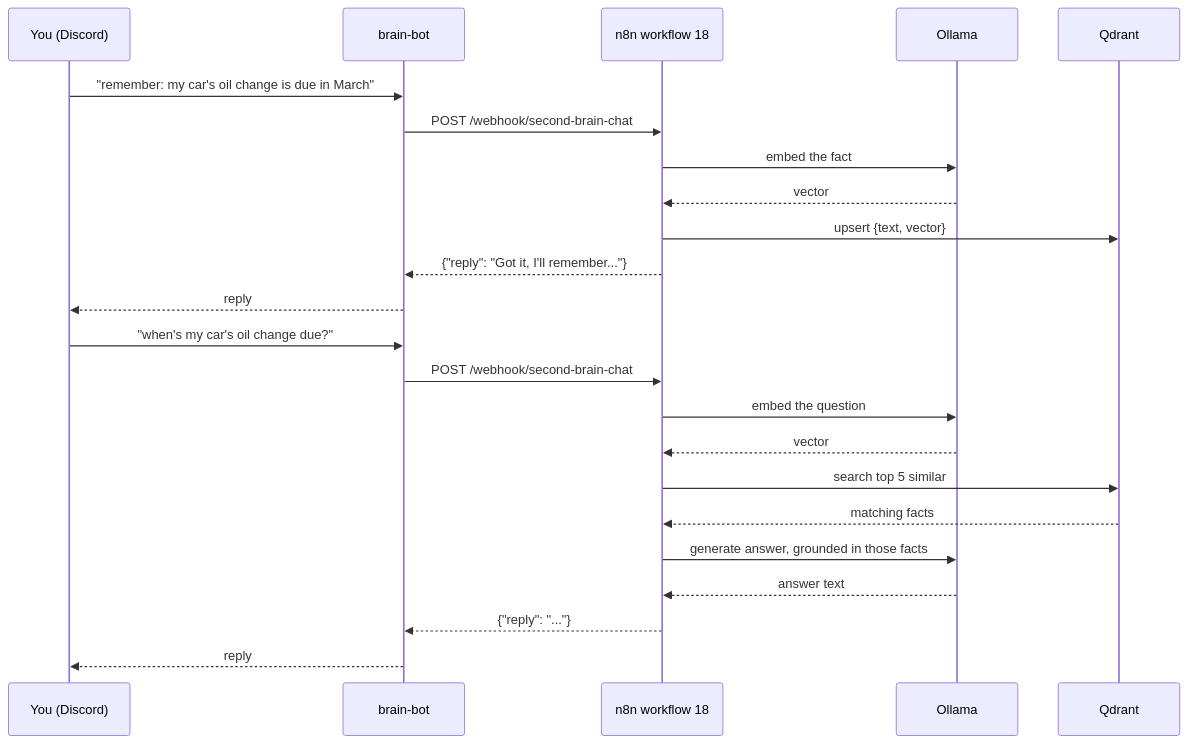
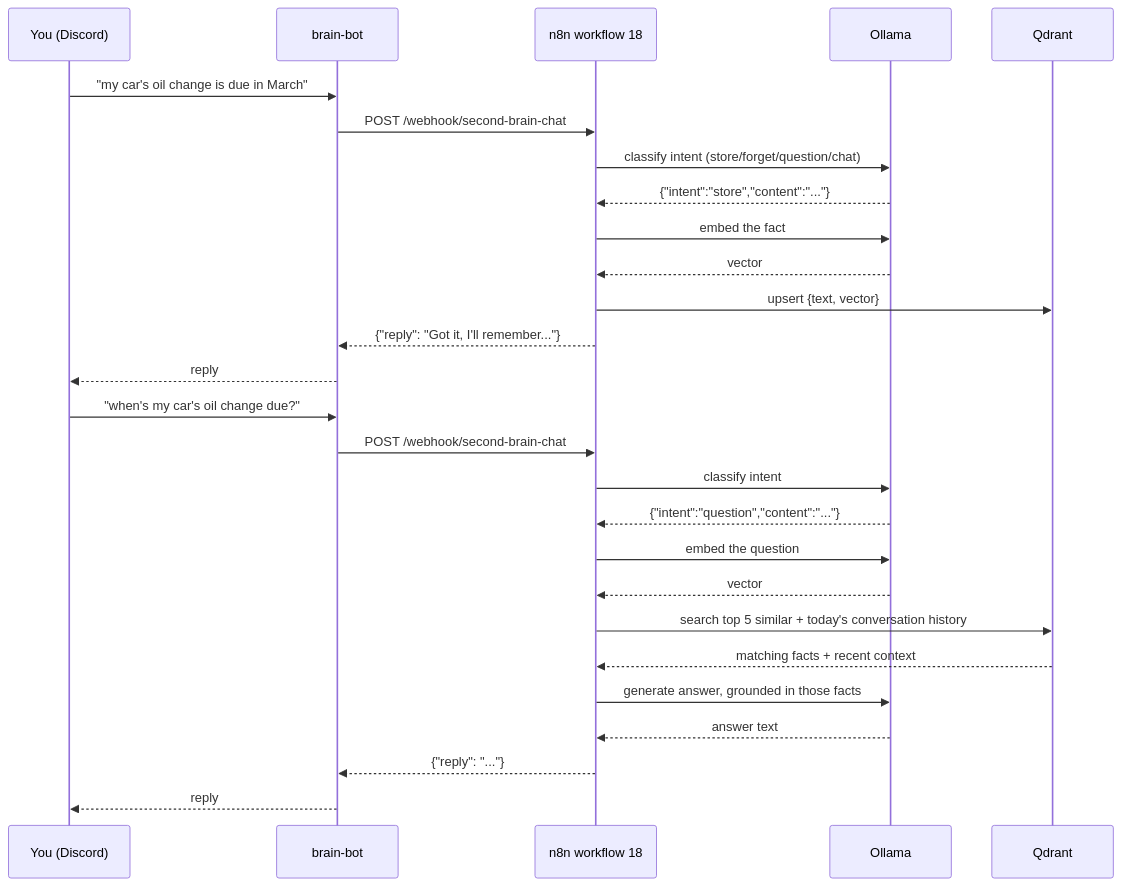
The diagram in docs/architecture/second-brain.md (kodyparton/docker_homelab), drawn with Mermaid before and after one commit. The commit also changed other lines of this file and 6 other files, not shown here.

````diff
--- a/docs/architecture/second-brain.md
+++ b/docs/architecture/second-brain.md
@@ -9,27 +9,31 @@
 ```mermaid
 sequenceDiagram
     participant You as You (Discord)
     participant Bot as brain-bot
     participant n8n as n8n workflow 18
     participant Ollama
     participant Qdrant
 
-    You->>Bot: "remember: my car's oil change is due in March"
+    You->>Bot: "my car's oil change is due in March"
     Bot->>n8n: POST /webhook/second-brain-chat
+    n8n->>Ollama: classify intent (store/forget/question/chat)
+    Ollama-->>n8n: {"intent":"store","content":"..."}
     n8n->>Ollama: embed the fact
     Ollama-->>n8n: vector
     n8n->>Qdrant: upsert {text, vector}
     n8n-->>Bot: {"reply": "Got it, I'll remember..."}
     Bot-->>You: reply
 
     You->>Bot: "when's my car's oil change due?"
     Bot->>n8n: POST /webhook/second-brain-chat
+    n8n->>Ollama: classify intent
+    Ollama-->>n8n: {"intent":"question","content":"..."}
     n8n->>Ollama: embed the question
     Ollama-->>n8n: vector
-    n8n->>Qdrant: search top 5 similar
-    Qdrant-->>n8n: matching facts
+    n8n->>Qdrant: search top 5 similar + today's conversation history
+    Qdrant-->>n8n: matching facts + recent context
     n8n->>Ollama: generate answer, grounded in those facts
     Ollama-->>n8n: answer text
     n8n-->>Bot: {"reply": "..."}
     Bot-->>You: reply
 ```
````
